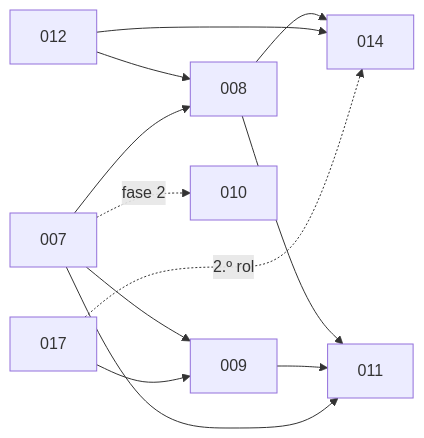
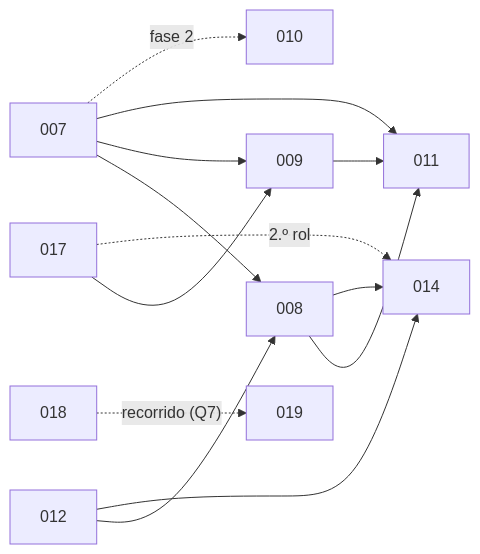
One commit to pcgarat/agent-review-langgraph changed the diagram in docs/iniciativas/README.md. Above: the diagram before and after it, drawn with Mermaid. The commit also changed other lines of this file and 3 other files, not shown here.

````diff
--- a/docs/iniciativas/README.md
+++ b/docs/iniciativas/README.md
@@ -33,14 +34,15 @@
 ```mermaid
 flowchart LR
     I012["012"] --> I008["008"]
     I007["007"] --> I008["008"]
     I007["007"] --> I009["009"]
     I017["017"] --> I009["009"]
     I008["008"] --> I011["011"]
     I009["009"] --> I011["011"]
     I007["007"] --> I011["011"]
     I008["008"] --> I014["014"]
     I012["012"] --> I014["014"]
     I017["017"] -. "2.º rol" .-> I014["014"]
     I007["007"] -. "fase 2" .-> I010["010"]
+    I018["018"] -. "recorrido (Q7)" .-> I019["019"]
 ```
````
